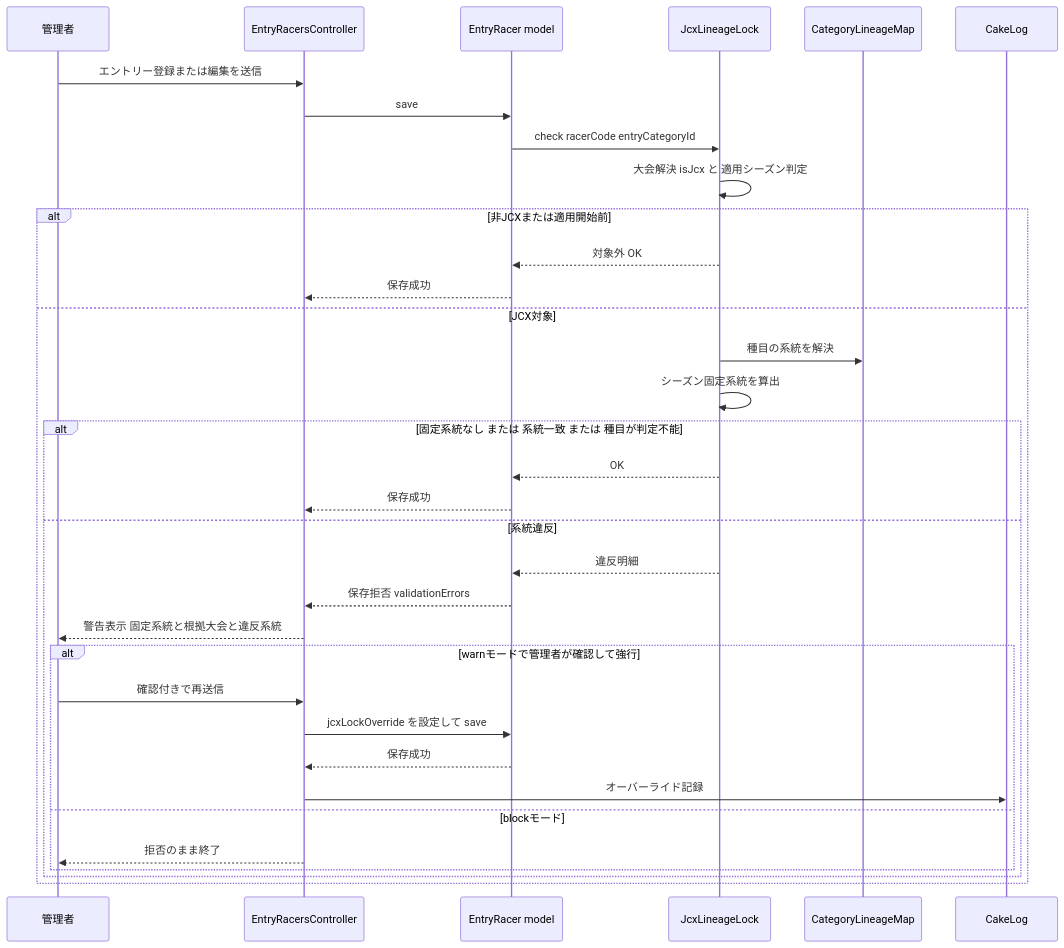
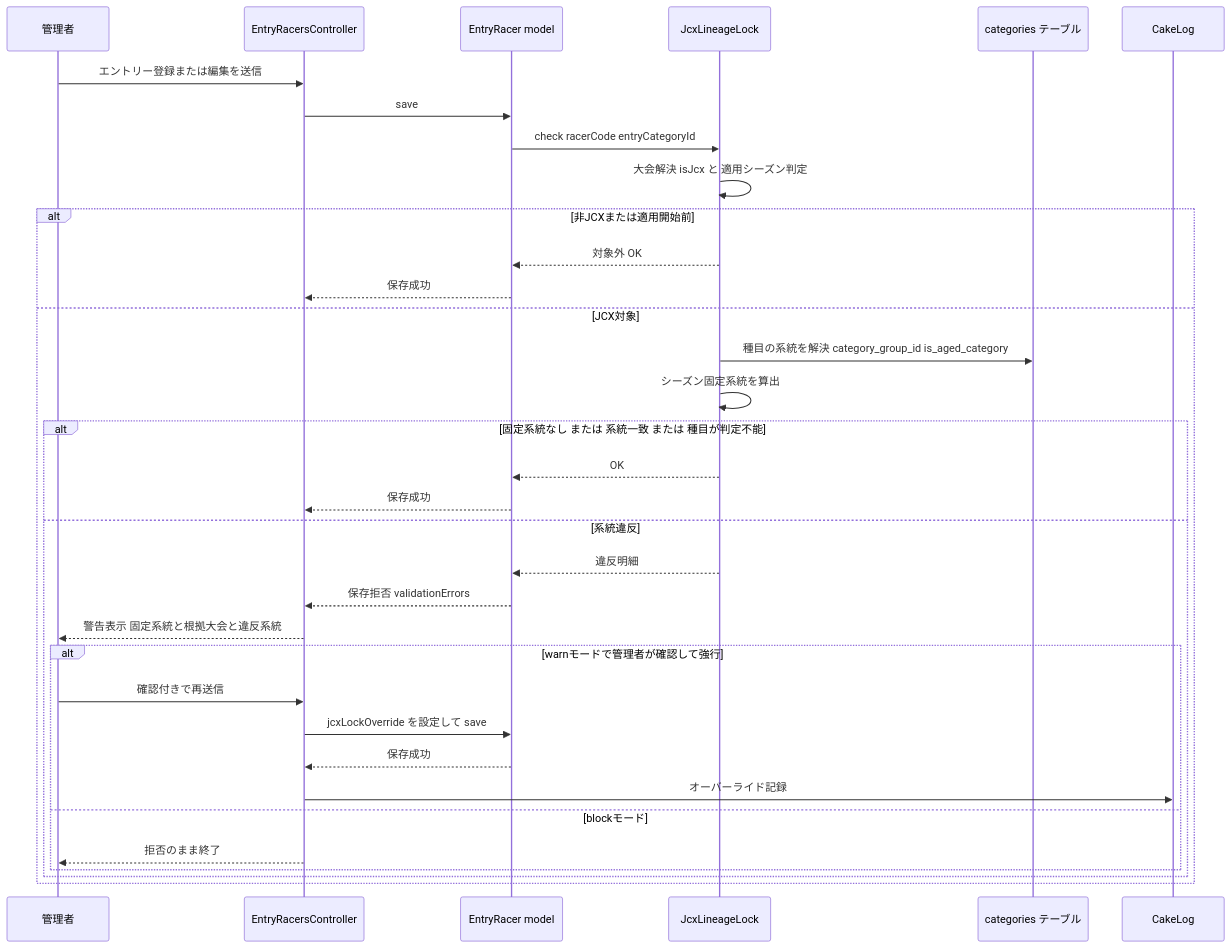
Before and after one commit to cyclox-dev/cyclox2_docker: the second of 3 diagrams in .kiro/specs/jcx-lineage-lock-2026-27/design.md, drawn with Mermaid. The commit also changed other lines of this file and 4 other files, not shown here.

````diff
--- a/.kiro/specs/jcx-lineage-lock-2026-27/design.md
+++ b/.kiro/specs/jcx-lineage-lock-2026-27/design.md
@@ -210,37 +239,37 @@
 ```mermaid
 sequenceDiagram
     participant Admin as 管理者
     participant C as EntryRacersController
     participant M as EntryRacer model
     participant L as JcxLineageLock
-    participant Map as CategoryLineageMap
+    participant Cat as categories テーブル
     participant Log as CakeLog
 
     Admin->>C: エントリー登録または編集を送信
     C->>M: save
     M->>L: check racerCode entryCategoryId
     L->>L: 大会解決 isJcx と 適用シーズン判定
     alt 非JCXまたは適用開始前
         L-->>M: 対象外 OK
         M-->>C: 保存成功
     else JCX対象
-        L->>Map: 種目の系統を解決
+        L->>Cat: 種目の系統を解決 category_group_id is_aged_category
         L->>L: シーズン固定系統を算出
         alt 固定系統なし または 系統一致 または 種目が判定不能
             L-->>M: OK
             M-->>C: 保存成功
         else 系統違反
             L-->>M: 違反明細
             M-->>C: 保存拒否 validationErrors
             C-->>Admin: 警告表示 固定系統と根拠大会と違反系統
             alt warnモードで管理者が確認して強行
                 Admin->>C: 確認付きで再送信
                 C->>M: jcxLockOverride を設定して save
                 M-->>C: 保存成功
                 C->>Log: オーバーライド記録
             else blockモード
                 C-->>Admin: 拒否のまま終了
             end
         end
     end
 ```
````
